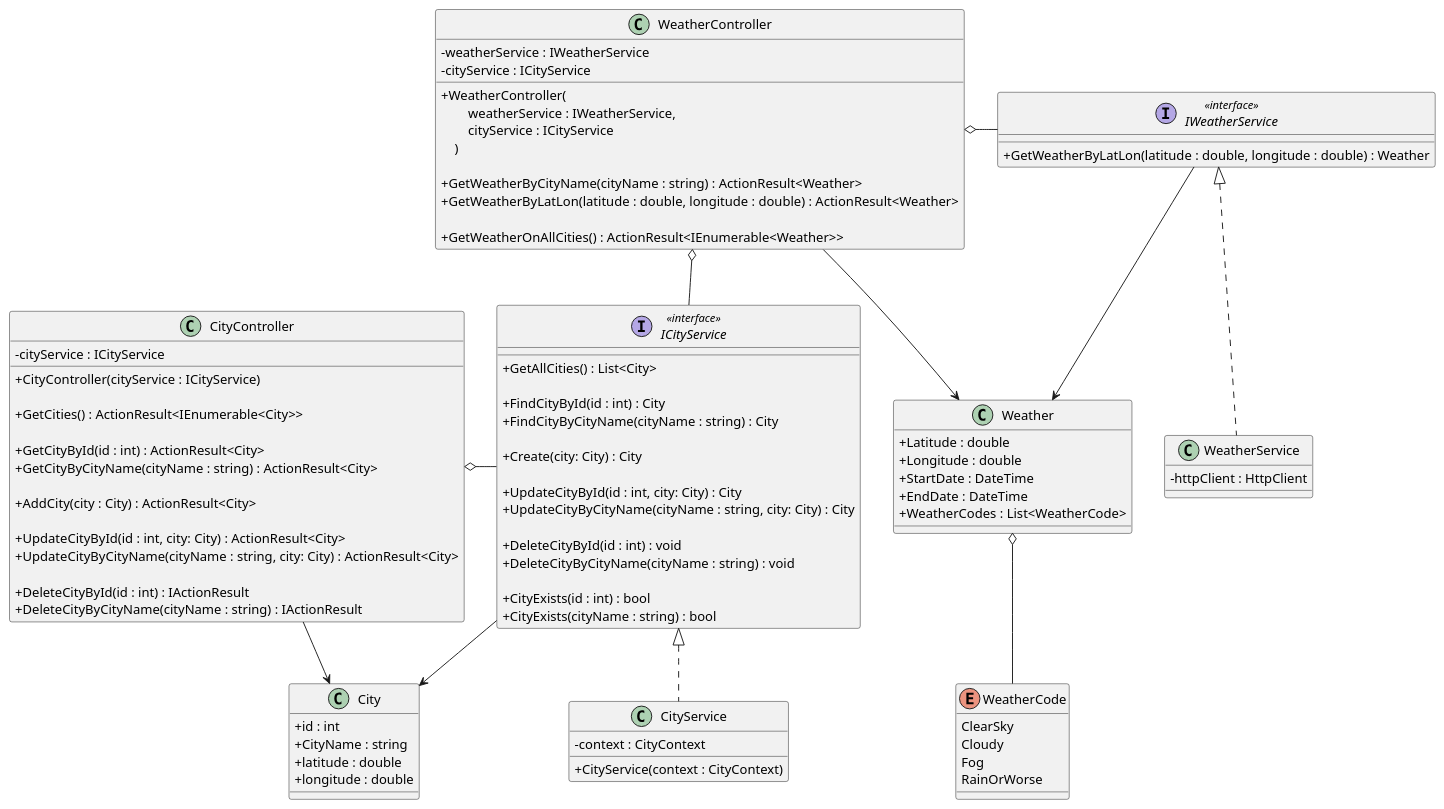
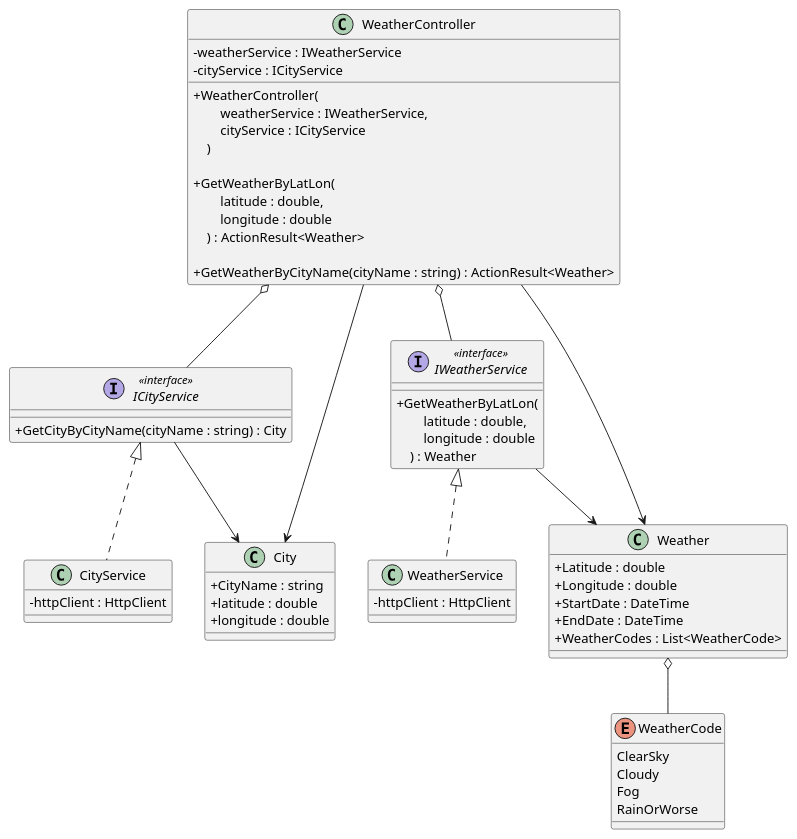
Before and after one commit to vkammili5/weather-api: the diagram in diagrams/UML/WeatherAPI.puml, drawn with PlantUML. The commit also changed 1 other file, not shown here.

Commit message:
remove cityController class

```diff
--- a/diagrams/UML/WeatherAPI.puml
+++ b/diagrams/UML/WeatherAPI.puml
@@ -1,108 +1,75 @@
 @startuml "WeatherAPI"
 skinparam ClassAttributeIconSize 0
 
-class CityController {
-    - cityService : ICityService
-
-    + CityController(cityService : ICityService)
-
-    + GetCities() : ActionResult<IEnumerable<City>>
-    
-    + GetCityById(id : int) : ActionResult<City>
-    + GetCityByCityName(cityName : string) : ActionResult<City>
-    
-    + AddCity(city : City) : ActionResult<City>
-
-    + UpdateCityById(id : int, city: City) : ActionResult<City>
-    + UpdateCityByCityName(cityName : string, city: City) : ActionResult<City>
-
-    + DeleteCityById(id : int) : IActionResult
-    + DeleteCityByCityName(cityName : string) : IActionResult
-}
-
 interface ICityService <<interface>> {
-    + GetAllCities() : List<City>
-
-    + FindCityById(id : int) : City
-    + FindCityByCityName(cityName : string) : City
-
-    + Create(city: City) : City
-
-    + UpdateCityById(id : int, city: City) : City
-    + UpdateCityByCityName(cityName : string, city: City) : City
-
-    + DeleteCityById(id : int) : void
-    + DeleteCityByCityName(cityName : string) : void
-
-    + CityExists(id : int) : bool
-    + CityExists(cityName : string) : bool
+    + GetCityByCityName(cityName : string) : City
 }
 
 class CityService {
-    - context : CityContext
-
-    + CityService(context : CityContext)
+    - httpClient : HttpClient
 }
 
 class City {
-    + id : int
     + CityName : string
     + latitude : double
     + longitude : double
 }
 
 class WeatherController {
     - weatherService : IWeatherService
     - cityService : ICityService
 
     + WeatherController(\n\
         weatherService : IWeatherService,\n\
         cityService : ICityService\n\
     )
 
+    + GetWeatherByLatLon(\n\
+        latitude : double, \n\
+        longitude : double\n\
+    ) : ActionResult<Weather>
+
     + GetWeatherByCityName(cityName : string) : ActionResult<Weather>
-    + GetWeatherByLatLon(latitude : double, longitude : double) : ActionResult<Weather>
-
-    + GetWeatherOnAllCities() : ActionResult<IEnumerable<Weather>>
 }
 
 interface IWeatherService <<interface>> {
-    + GetWeatherByLatLon(latitude : double, longitude : double) : Weather
+    + GetWeatherByLatLon(\n\
+        latitude : double, \n\
+        longitude : double\n\
+    ) : Weather
 }
 
 class WeatherService {
     - httpClient : HttpClient
 }
 
 class Weather {
     + Latitude : double
     + Longitude : double
     + StartDate : DateTime
     + EndDate : DateTime
     + WeatherCodes : List<WeatherCode>
 }
 
 Enum WeatherCode {
     ClearSky
     Cloudy
     Fog
     RainOrWorse
 }
 
-CityController o- ICityService
 ICityService <|.. CityService
+ICityService --> City
+WeatherController --> City
 
-CityController --> City
-ICityService --> City
-
-WeatherController o- IWeatherService
+WeatherController o-- IWeatherService
 WeatherController o-- ICityService
 
 IWeatherService <|.. WeatherService
 
 WeatherController --> Weather
 IWeatherService --> Weather
 
 Weather o-- WeatherCode
 
 @enduml
```
